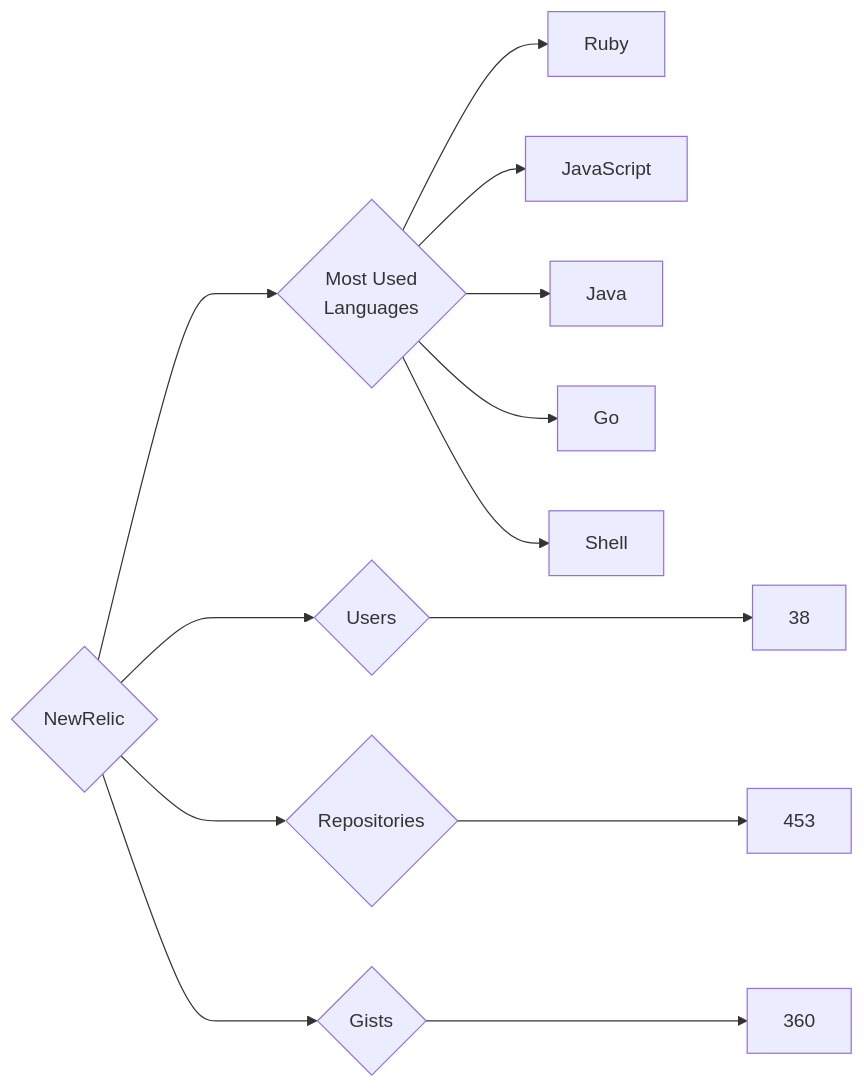
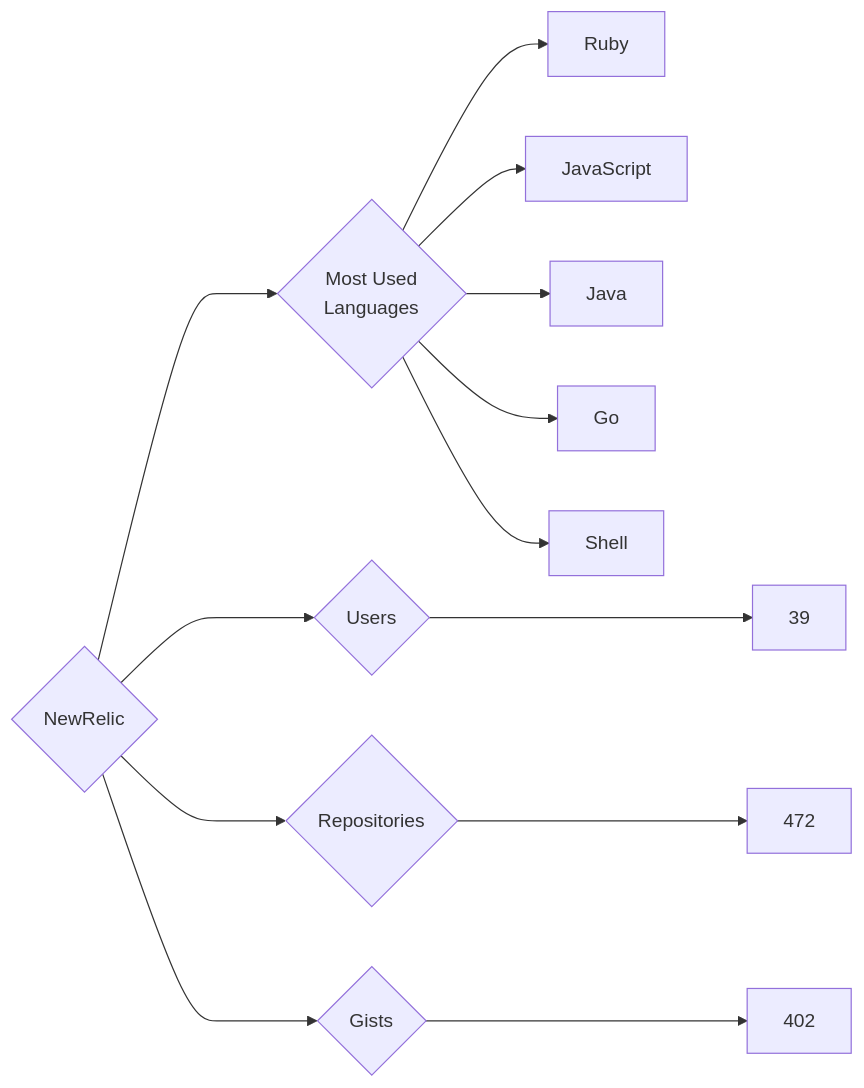
One commit to trickest/insiders changed the diagram in targets/NewRelic/README.md. Above: the diagram before and after it, drawn with Mermaid. The commit also changed 796 other files, not shown here.

````diff
--- a/targets/NewRelic/README.md
+++ b/targets/NewRelic/README.md
@@ -3,13 +3,13 @@
 ```mermaid
 graph LR
 COMPANY_NAME{NewRelic}
-COMPANY_NAME ---> U{Users} ---> UN[38]
-COMPANY_NAME ---> R{Repositories} ---> RN[453]
-COMPANY_NAME ---> G{Gists} ---> GN[360]
+COMPANY_NAME ---> U{Users} ---> UN[39]
+COMPANY_NAME ---> R{Repositories} ---> RN[472]
+COMPANY_NAME ---> G{Gists} ---> GN[402]
 COMPANY_NAME ---> ML{Most Used<br>Languages}
 ML --> Ruby[Ruby]
 ML --> JavaScript[JavaScript]
 ML --> Java[Java]
 ML --> Go[Go]
 ML --> Shell[Shell]
 ```
````
